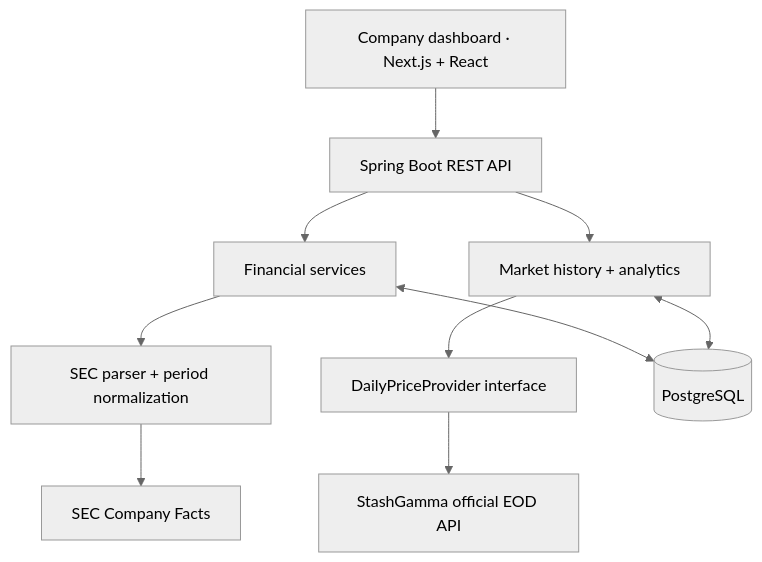
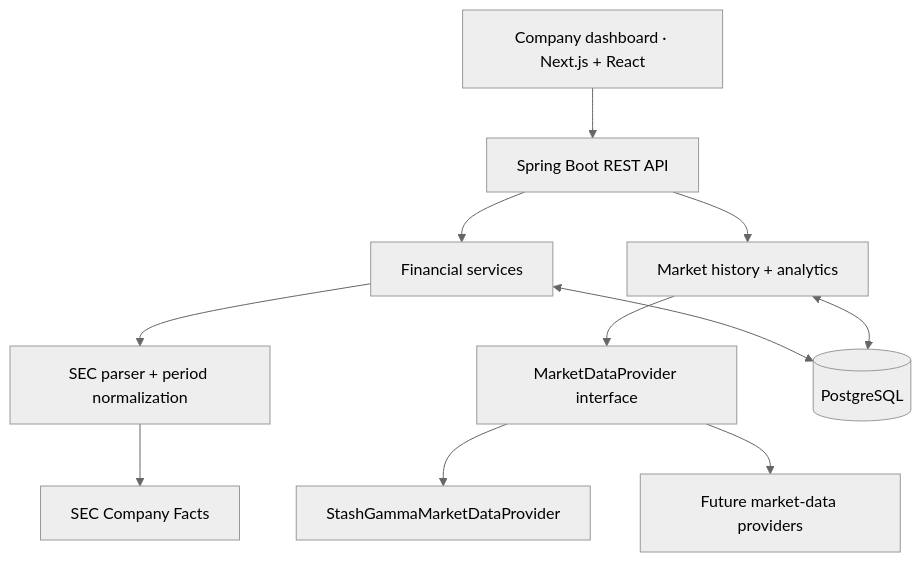
One commit to sndpkumar0184/equitylens changed the diagram in README.md. Above: the diagram before and after it, drawn with Mermaid (neutral theme). The commit also changed other lines of this file and 31 other files, not shown here.

````diff
--- a/README.md
+++ b/README.md
@@ -41,12 +42,13 @@
 ```mermaid
 flowchart TD
     Browser[Company dashboard · Next.js + React] --> API[Spring Boot REST API]
     API --> Financials[Financial services]
     API --> Market[Market history + analytics]
     Financials --> Normalizer[SEC parser + period normalization]
     Normalizer --> SEC[SEC Company Facts]
-    Market --> Provider[DailyPriceProvider interface]
-    Provider --> StashGamma[StashGamma official EOD API]
+    Market --> Provider[MarketDataProvider interface]
+    Provider --> StashGamma[StashGammaMarketDataProvider]
+    Provider --> Future[Future market-data providers]
     Financials <--> DB[(PostgreSQL)]
     Market <--> DB
 ```
````
